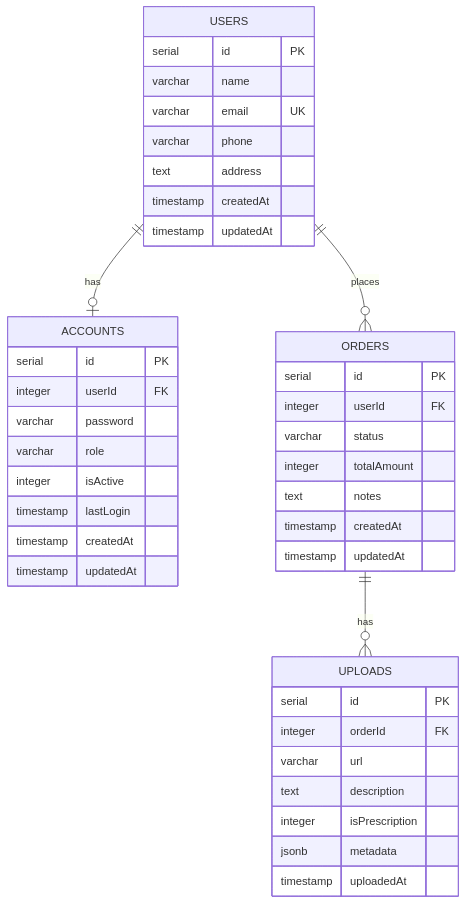
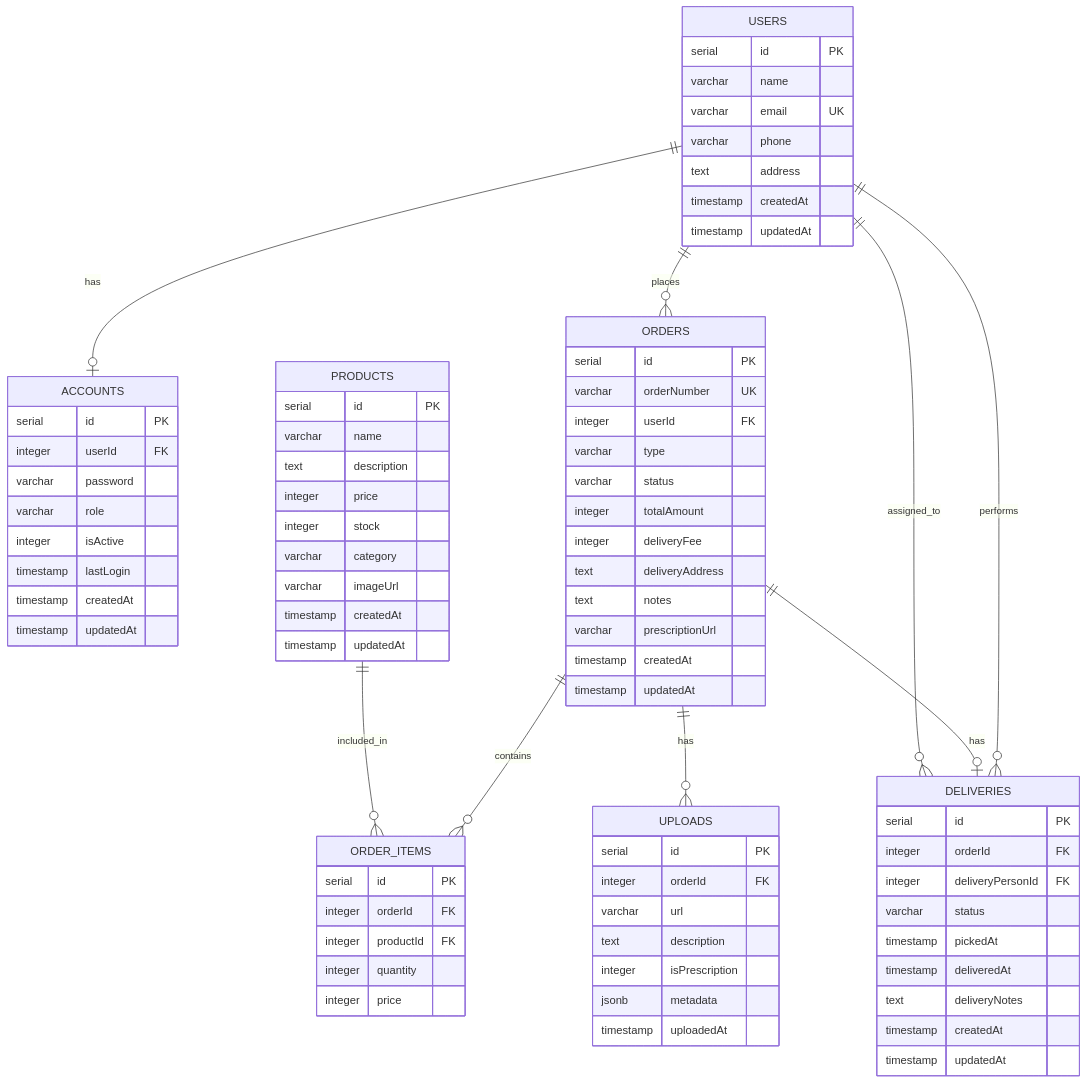
The diagram in models.md (Mohamed-faaris/bawaa-medicals0), drawn with Mermaid before and after one commit. The commit also changed other lines of this file and 1 other file, not shown here.

First line of the commit message:
Update drizzle schema and models.md with complete data models

````diff
--- a/models.md
+++ b/models.md
@@ -178,7 +193,12 @@
 erDiagram
     USERS ||--o| ACCOUNTS : "has"
     USERS ||--o{ ORDERS : "places"
+    USERS ||--o{ DELIVERIES : "performs"
+    ORDERS ||--o{ ORDER_ITEMS : "contains"
+    ORDERS ||--o| DELIVERIES : "has"
     ORDERS ||--o{ UPLOADS : "has"
+    PRODUCTS ||--o{ ORDER_ITEMS : "included_in"
+    DELIVERIES }o--|| USERS : "assigned_to"
 
     USERS {
         serial id PK
@@ -201,14 +221,39 @@
         timestamp updatedAt
     }
 
+    PRODUCTS {
+        serial id PK
+        varchar name
+        text description
+        integer price
+        integer stock
+        varchar category
+        varchar imageUrl
+        timestamp createdAt
+        timestamp updatedAt
+    }
+
     ORDERS {
         serial id PK
+        varchar orderNumber UK
         integer userId FK
+        varchar type
         varchar status
         integer totalAmount
+        integer deliveryFee
+        text deliveryAddress
         text notes
+        varchar prescriptionUrl
         timestamp createdAt
         timestamp updatedAt
+    }
+
+    ORDER_ITEMS {
+        serial id PK
+        integer orderId FK
+        integer productId FK
+        integer quantity
+        integer price
     }
 
     UPLOADS {
@@ -220,4 +265,16 @@
         jsonb metadata
         timestamp uploadedAt
     }
+
+    DELIVERIES {
+        serial id PK
+        integer orderId FK
+        integer deliveryPersonId FK
+        varchar status
+        timestamp pickedAt
+        timestamp deliveredAt
+        text deliveryNotes
+        timestamp createdAt
+        timestamp updatedAt
+    }
 ```
````
